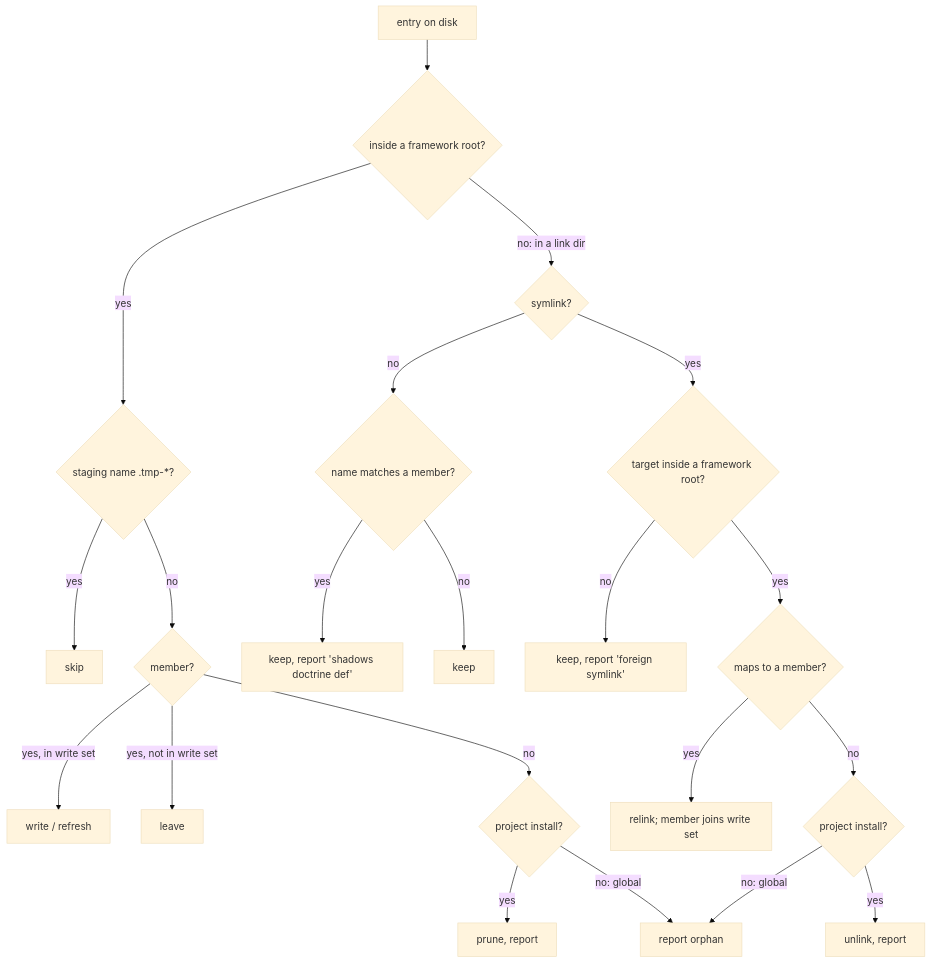
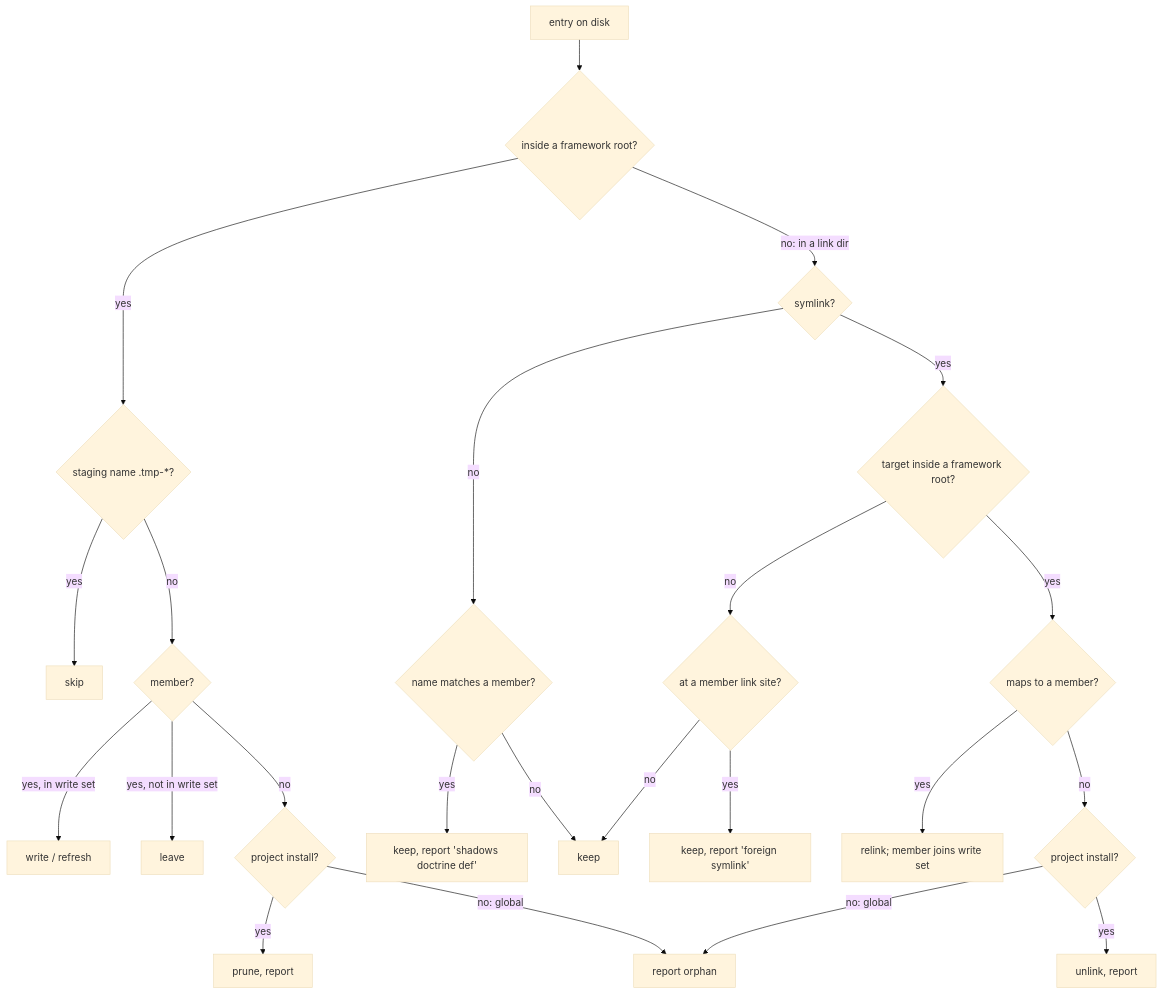
One commit to davidlee/doctrine changed the second of 2 diagrams in .doctrine/slice/281/design.md. Above: the diagram before and after it, drawn with Mermaid (base theme). The commit also changed other lines of this file and 1 other file, not shown here.

````diff
--- a/.doctrine/slice/281/design.md
+++ b/.doctrine/slice/281/design.md
@@ -217,23 +226,25 @@
 ```mermaid
 flowchart TD
   A[entry on disk] --> B{inside a framework root?}
   B -- yes --> S{staging name .tmp-*?}
   S -- yes --> KT[skip]
   S -- no --> C{member?}
   C -- yes, in write set --> W[write / refresh]
   C -- yes, not in write set --> LV[leave]
   C -- no --> P{project install?}
   P -- yes --> RM[prune, report]
   P -- no: global --> OR[report orphan]
   B -- no: in a link dir --> D{symlink?}
   D -- no --> F{name matches a member?}
   F -- yes --> KS[keep, report 'shadows doctrine def']
   F -- no --> K[keep]
   D -- yes --> T{target inside a framework root?}
-  T -- no --> KF[keep, report 'foreign symlink']
+  T -- no --> FM{at a member link site?}
+  FM -- yes --> KF[keep, report 'foreign symlink']
+  FM -- no --> K
   T -- yes --> M{maps to a member?}
   M -- yes --> RL[relink; member joins write set]
   M -- no --> UL{project install?}
   UL -- yes --> U[unlink, report]
   UL -- no: global --> OR
 ```
````
